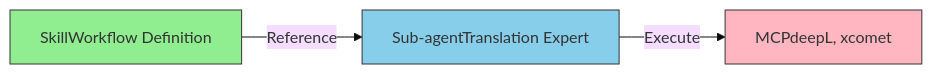
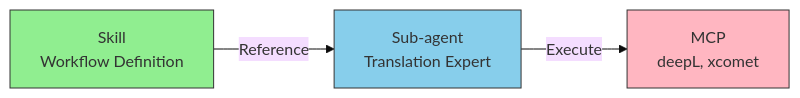
Before and after one commit to shuji-bonji/ai-agent-architecture: the second of 2 diagrams in docs/agents/what-is-subagent.md, drawn with Mermaid (base theme). The commit also changed 8 other files, not shown here.

````diff
--- a/docs/agents/what-is-subagent.md
+++ b/docs/agents/what-is-subagent.md
@@ -206,9 +206,9 @@
 ```mermaid
 flowchart LR
-    SKILL["Skill<bn>Workflow Definition"] -->|"Reference"| AGENT["Sub-agent<bn>Translation Expert"]
-    AGENT -->|"Execute"| MCP["MCP<bn>deepL, xcomet"]
+    SKILL["Skill<br>Workflow Definition"] -->|"Reference"| AGENT["Sub-agent<br>Translation Expert"]
+    AGENT -->|"Execute"| MCP["MCP<br>deepL, xcomet"]
 
     style SKILL fill:#90EE90,color:#333,stroke:#333
     style MCP fill:#FFB6C1,color:#333,stroke:#333
     style AGENT fill:#87CEEB,color:#333,stroke:#333
 ```
````
